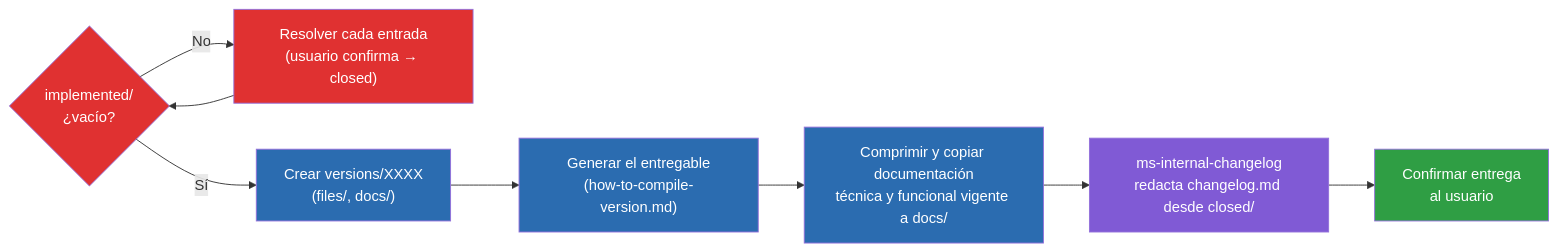
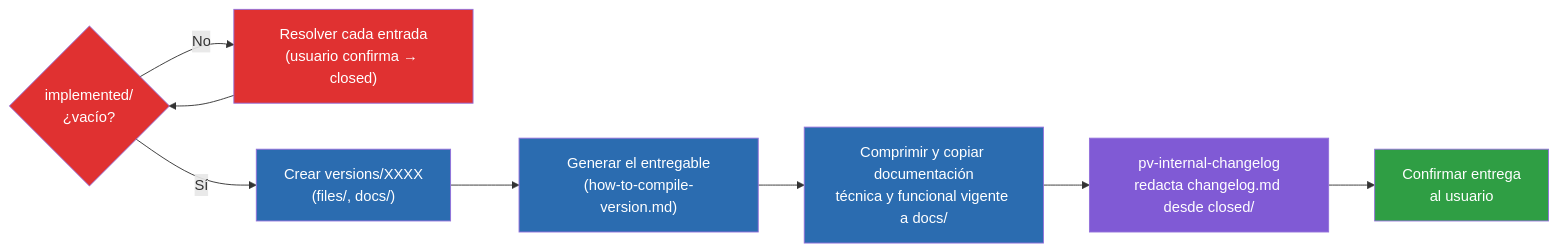
The diagram in .claude/skills/pv-version/version-flow-diagram.template.md (yeyopepe/previo), drawn with Mermaid before and after one commit. The commit also changed other lines of this file and 51 other files, not shown here.

````diff
--- a/.claude/skills/pv-version/version-flow-diagram.template.md
+++ b/.claude/skills/pv-version/version-flow-diagram.template.md
@@ -5,22 +5,22 @@
 ```mermaid
 flowchart LR
     Guard{"implemented/\n¿vacío?"}
     Resolve["Resolver cada entrada\n(usuario confirma → closed)"]
     Folder["Crear versions/XXXX\n(files/, docs/)"]
     Compile["Generar el entregable\n(how-to-compile-version.md)"]
     Docs["Comprimir y copiar documentación\ntécnica y funcional vigente a docs/"]
-    Changelog["ms-internal-changelog\nredacta changelog.md desde closed/"]
+    Changelog["pv-internal-changelog\nredacta changelog.md desde closed/"]
     Confirm["Confirmar entrega\nal usuario"]
 
     Guard -- No --> Resolve --> Guard
     Guard -- Sí --> Folder --> Compile --> Docs --> Changelog --> Confirm
 
     classDef guardrail fill:#e03131,color:#fff
     classDef core fill:#2b6cb0,color:#fff
     classDef internal fill:#805ad5,color:#fff
     classDef done fill:#2f9e44,color:#fff
     class Guard,Resolve guardrail
     class Folder,Compile,Docs core
     class Changelog internal
     class Confirm done
 ```
````
